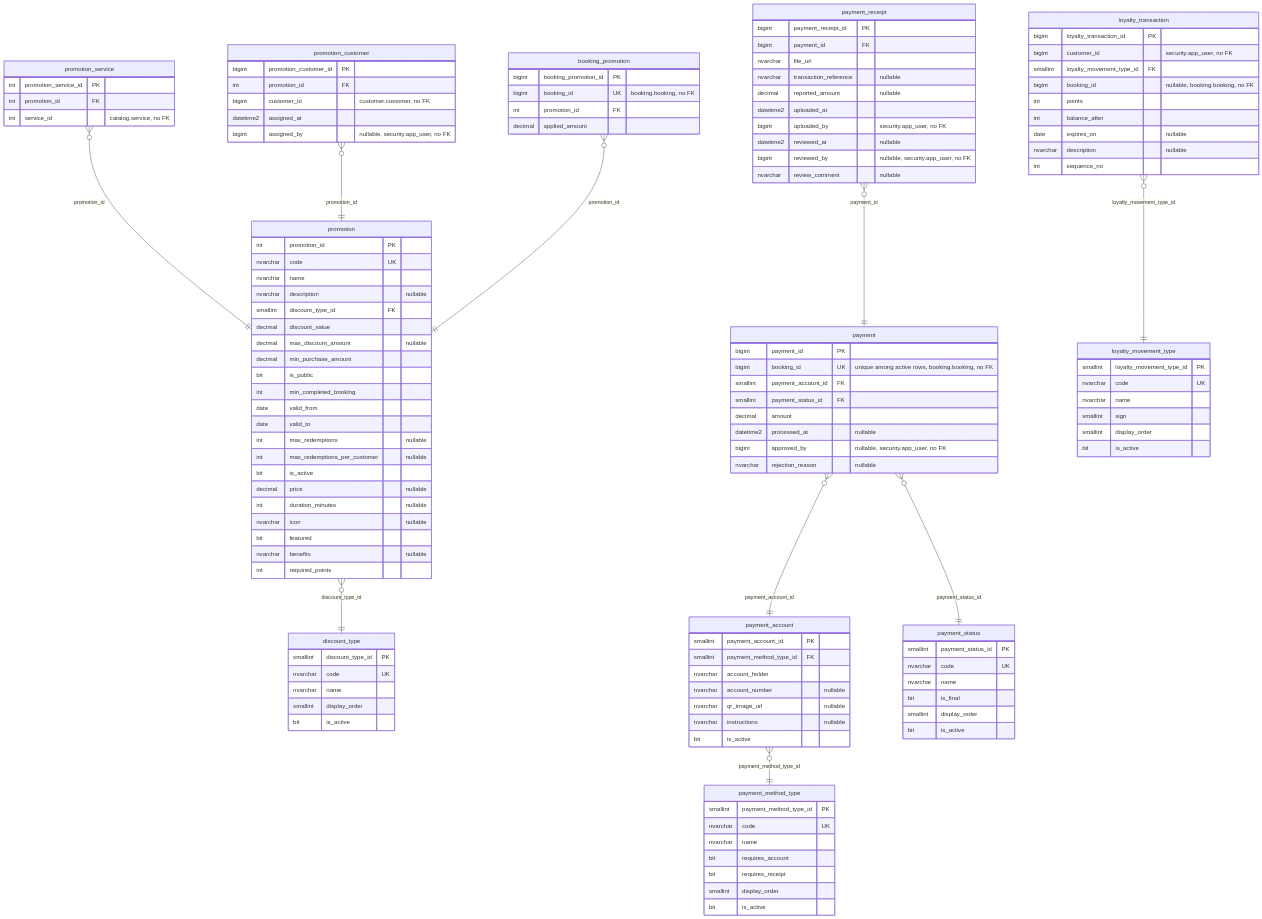
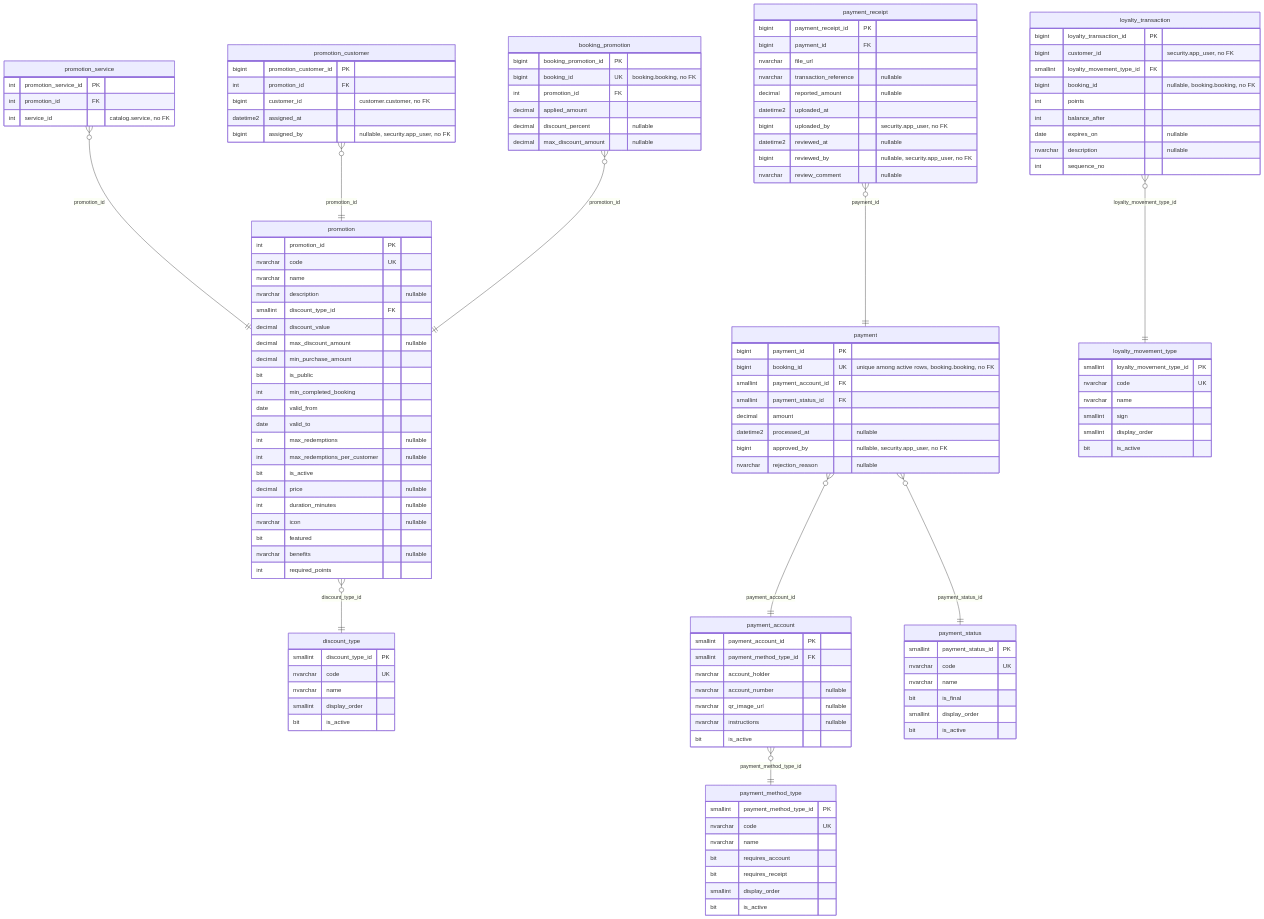
The diagram in 08-uml/diagrams/source/erd-payment.md (code-sena/vehicle-w-docs), drawn with Mermaid before and after one commit. The commit also changed other lines of this file and 1 other file, not shown here.

```diff
--- a/08-uml/diagrams/source/erd-payment.md
+++ b/08-uml/diagrams/source/erd-payment.md
@@ -51,6 +51,8 @@
         bigint booking_id UK "booking.booking, no FK"
         int promotion_id FK
         decimal applied_amount
+        decimal discount_percent "nullable"
+        decimal max_discount_amount "nullable"
     }
     payment_method_type {
         smallint payment_method_type_id PK
```
